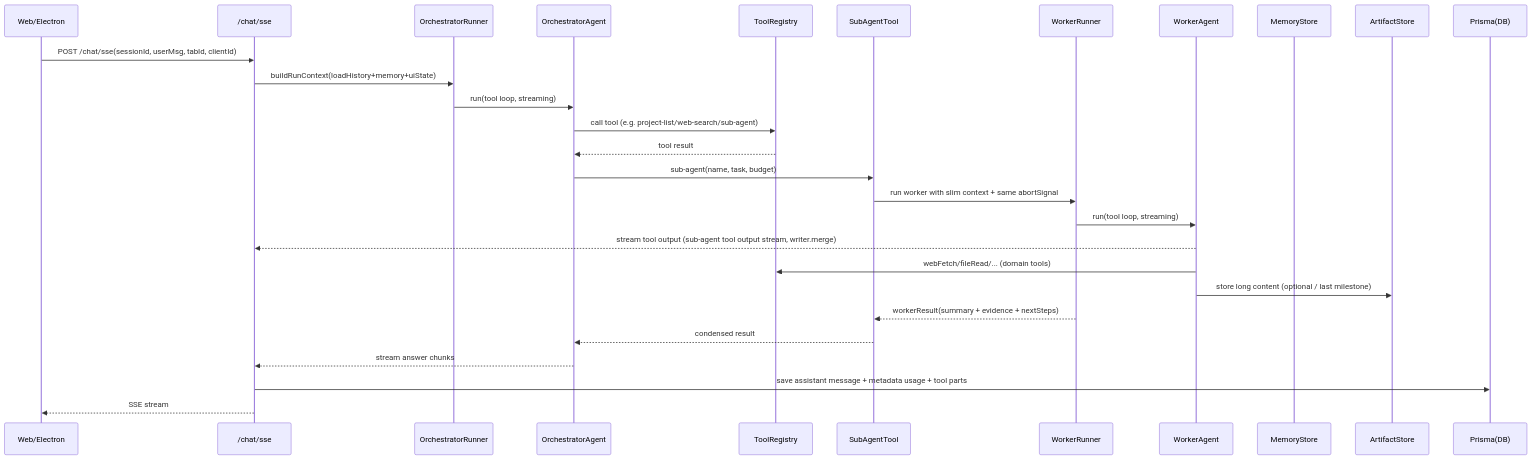
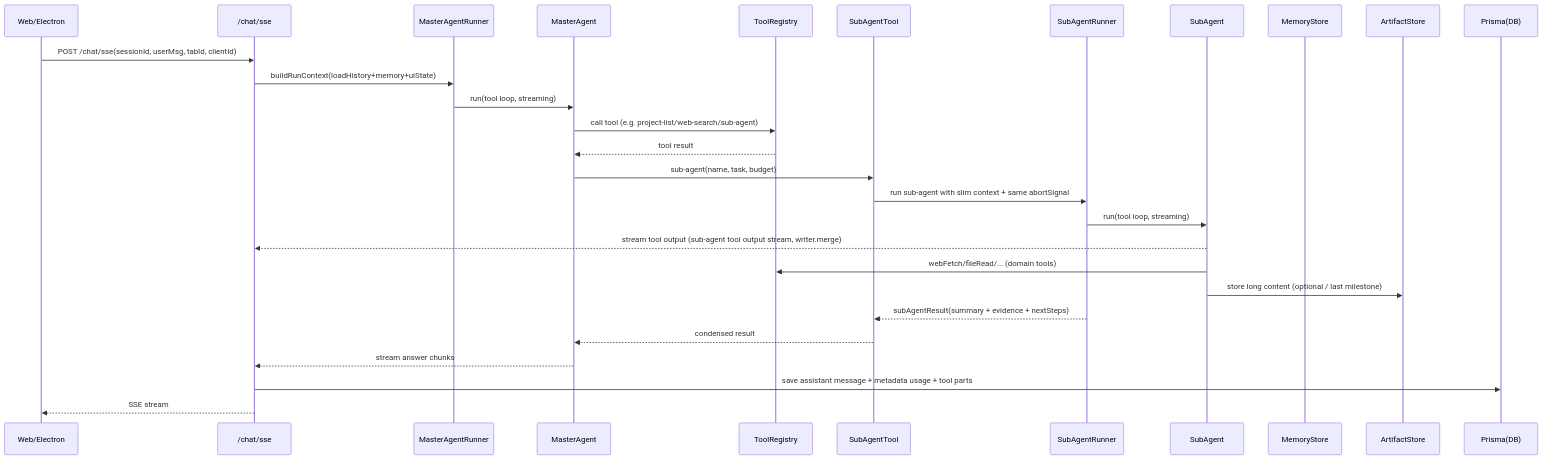
Before and after one commit to OpenLoaf/OpenLoaf: the first of 4 diagrams in docs/server-ai-architecture-v2.md, drawn with Mermaid. The commit also changed other lines of this file and 83 other files, not shown here.

````diff
--- a/docs/server-ai-architecture-v2.md
+++ b/docs/server-ai-architecture-v2.md
@@ -339,33 +342,33 @@
 ```mermaid
 sequenceDiagram
 participant UI as Web/Electron
 participant SSE as /chat/sse
-participant OR as OrchestratorRunner
-participant OA as OrchestratorAgent
+participant MR as MasterAgentRunner
+participant MA as MasterAgent
 participant TR as ToolRegistry
 participant SA as SubAgentTool
-participant WR as WorkerRunner
-participant WA as WorkerAgent
+participant SR as SubAgentRunner
+participant RA as SubAgent
 participant MS as MemoryStore
 participant AS as ArtifactStore
 participant DB as Prisma(DB)
 
 UI->>SSE: POST /chat/sse(sessionId, userMsg, tabId, clientId)
-SSE->>OR: buildRunContext(loadHistory+memory+uiState)
-OR->>OA: run(tool loop, streaming)
-OA->>TR: call tool (e.g. project-list/web-search/sub-agent)
-TR-->>OA: tool result
+SSE->>MR: buildRunContext(loadHistory+memory+uiState)
+MR->>MA: run(tool loop, streaming)
+MA->>TR: call tool (e.g. project-list/web-search/sub-agent)
+TR-->>MA: tool result
 
-OA->>SA: sub-agent(name, task, budget)
-SA->>WR: run worker with slim context + same abortSignal
-WR->>WA: run(tool loop, streaming)
-WA-->>SSE: stream tool output (sub-agent tool output stream, writer.merge)
-WA->>TR: webFetch/fileRead/... (domain tools)
-WA->>AS: store long content (optional / last milestone)
-WR-->>SA: workerResult(summary + evidence + nextSteps)
-SA-->>OA: condensed result
+MA->>SA: sub-agent(name, task, budget)
+SA->>SR: run sub-agent with slim context + same abortSignal
+SR->>RA: run(tool loop, streaming)
+RA-->>SSE: stream tool output (sub-agent tool output stream, writer.merge)
+RA->>TR: webFetch/fileRead/... (domain tools)
+RA->>AS: store long content (optional / last milestone)
+SR-->>SA: subAgentResult(summary + evidence + nextSteps)
+SA-->>MA: condensed result
 
-OA-->>SSE: stream answer chunks
+MA-->>SSE: stream answer chunks
 SSE->>DB: save assistant message + metadata usage + tool parts
 SSE-->>UI: SSE stream
 ```
````
